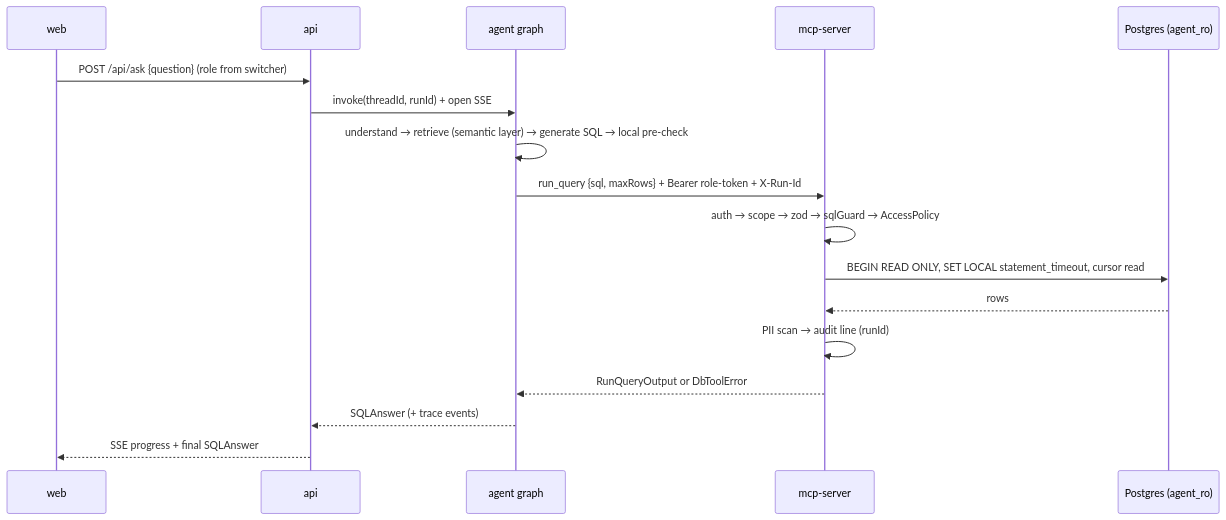
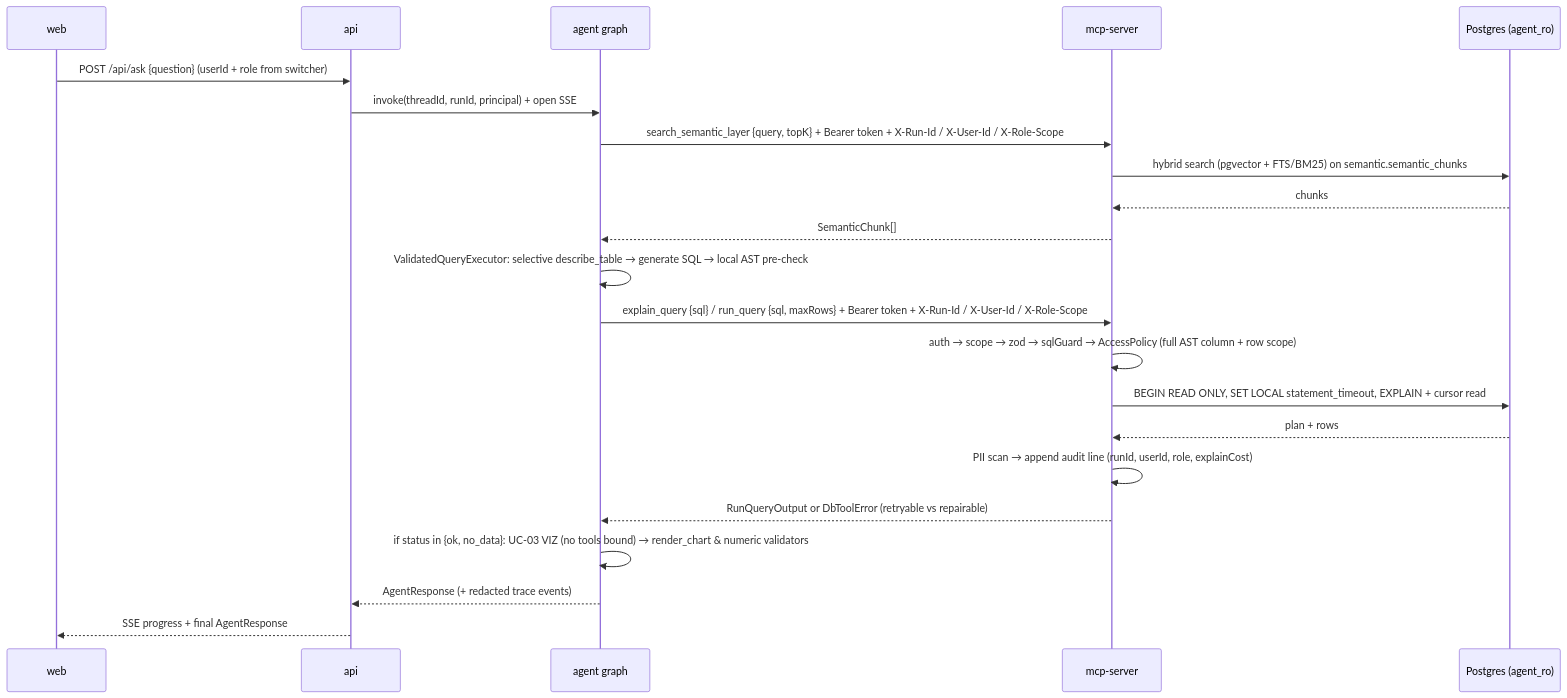
The first of 2 diagrams in docs/architecture.md (NDTruongDanh/SE373-Analytics-Agent), drawn with Mermaid before and after one commit. The commit also changed other lines of this file, not shown here.

First line of the commit message:
docs: align harness architecture with industry agent standards

````diff
--- a/docs/architecture.md
+++ b/docs/architecture.md
@@ -71,19 +83,24 @@
 ```mermaid
 sequenceDiagram
   participant W as web
   participant A as api
   participant G as agent graph
   participant M as mcp-server
   participant DB as Postgres (agent_ro)
-  W->>A: POST /api/ask {question} (role from switcher)
-  A->>G: invoke(threadId, runId) + open SSE
-  G->>G: understand → retrieve (semantic layer) → generate SQL → local pre-check
-  G->>M: run_query {sql, maxRows} + Bearer role-token + X-Run-Id
-  M->>M: auth → scope → zod → sqlGuard → AccessPolicy
-  M->>DB: BEGIN READ ONLY, SET LOCAL statement_timeout, cursor read
-  DB-->>M: rows
-  M->>M: PII scan → audit line (runId)
-  M-->>G: RunQueryOutput or DbToolError
-  G-->>A: SQLAnswer (+ trace events)
-  A-->>W: SSE progress + final SQLAnswer
+  W->>A: POST /api/ask {question} (userId + role from switcher)
+  A->>G: invoke(threadId, runId, principal) + open SSE
+  G->>M: search_semantic_layer {query, topK} + Bearer token + X-Run-Id / X-User-Id / X-Role-Scope
+  M->>DB: hybrid search (pgvector + FTS/BM25) on semantic.semantic_chunks
+  DB-->>M: chunks
+  M-->>G: SemanticChunk[]
+  G->>G: ValidatedQueryExecutor: selective describe_table → generate SQL → local AST pre-check
+  G->>M: explain_query {sql} / run_query {sql, maxRows} + Bearer token + X-Run-Id / X-User-Id / X-Role-Scope
+  M->>M: auth → scope → zod → sqlGuard → AccessPolicy (full AST column + row scope)
+  M->>DB: BEGIN READ ONLY, SET LOCAL statement_timeout, EXPLAIN + cursor read
+  DB-->>M: plan + rows
+  M->>M: PII scan → append audit line (runId, userId, role, explainCost)
+  M-->>G: RunQueryOutput or DbToolError (retryable vs repairable)
+  G->>G: if status in {ok, no_data}: UC-03 VIZ (no tools bound) → render_chart & numeric validators
+  G-->>A: AgentResponse (+ redacted trace events)
+  A-->>W: SSE progress + final AgentResponse
 ```
````
